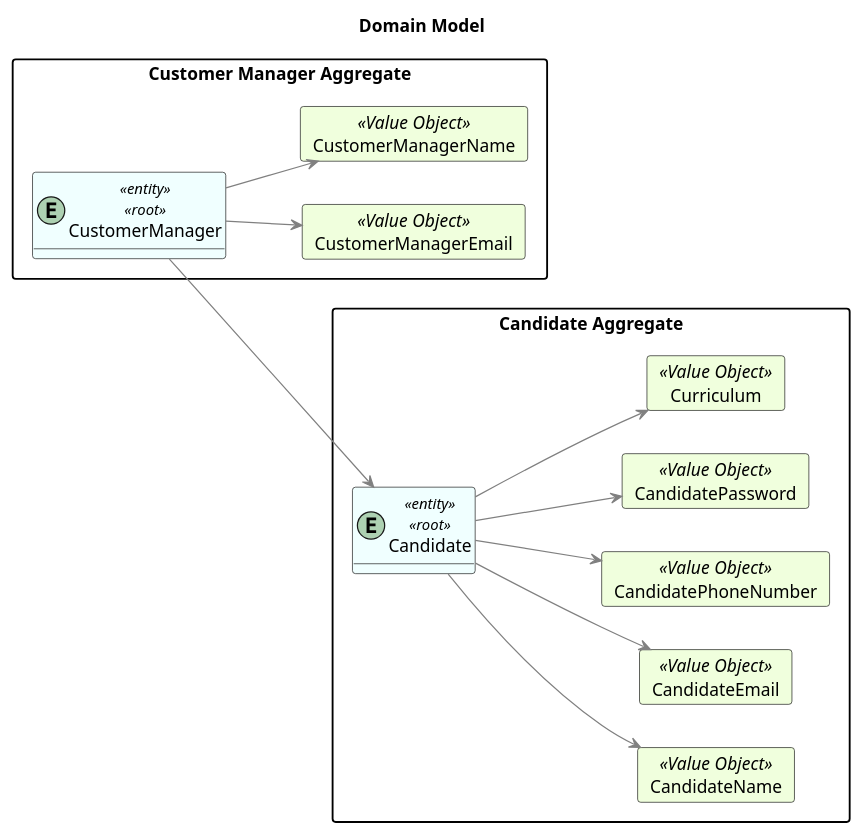
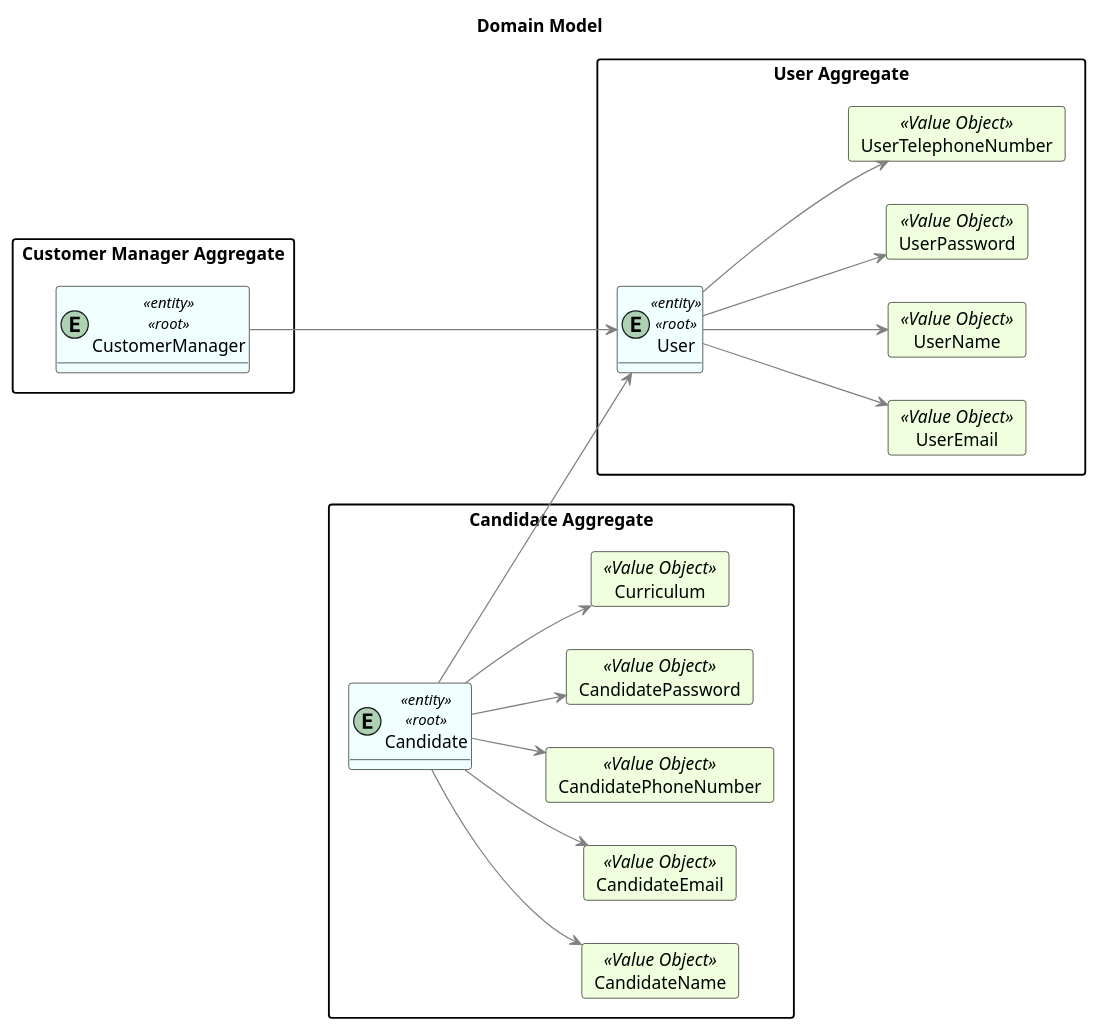
One commit to MiguelCardoso77/LAPR4 changed the diagram in docs/SprintB/1006/1006-domain-model.puml. Above: the diagram before and after it, drawn with PlantUML. The commit also changed 1 other file, not shown here.

Commit message:
1006 - Domain model fixes and Sequence Diagram - #17

```diff
--- a/docs/SprintB/1006/1006-domain-model.puml
+++ b/docs/SprintB/1006/1006-domain-model.puml
@@ -1,66 +1,78 @@
 @startuml
 hide methods
 left to right direction
 'skinparam linetype ortho
 
 Title "Domain Model"
 
 skinparam class {
     LifeLineBorderColor DarkBlue
     LifeLineBackgroundColor APPLICATION
     BackgroundColor #F0FFFF
     ArrowColor grey
     BorderColor black
 }
 
 skinparam packageStyle rectangle
 
 skinparam card {
     LifeLineBorderColor Green
     LifeLineBackgroundColor APPLICATION
     BackgroundColor #F0FFDD
     ArrowColor DarkGrey
     BorderColor Black
 }
 
 
 package "Customer Manager Aggregate"{
 entity CustomerManager <<entity>><<root>>
 
-    card CustomerManagerEmail <<Value Object>> {
-    }
-    card CustomerManagerName <<Value Object>> {
-    }
+}
 
-    CustomerManager --> CustomerManagerEmail
-    CustomerManager --> CustomerManagerName
-}
 package "Candidate Aggregate"{
 entity Candidate <<entity>><<root>>
 
     card CandidateName <<Value Object>> {
     }
     card CandidateEmail <<Value Object>> {
     }
     card CandidatePhoneNumber <<Value Object>> {
     }
     card CandidatePassword <<Value Object>> {
     }
     card Curriculum <<Value Object>> {
     }
 
         Candidate --> CandidateEmail
         Candidate --> CandidateName
         Candidate --> CandidatePhoneNumber
         Candidate --> CandidatePassword
         Candidate --> Curriculum
 }
 
+package "User Aggregate"{
+entity User <<entity>><<root>>
 
+    card UserEmail <<Value Object>> {
+    }
+    card UserName <<Value Object>> {
+    }
+    card UserPassword <<Value Object>> {
+    }
+    card UserTelephoneNumber <<Value Object>> {
+    }
 
-CustomerManager --> Candidate
+    User --> UserEmail
+    User --> UserName
+    User --> UserTelephoneNumber
+    User --> UserPassword
 
 }
 
 
+CustomerManager ---> User
+Candidate --> User
+}
+
+
 @enduml
```
